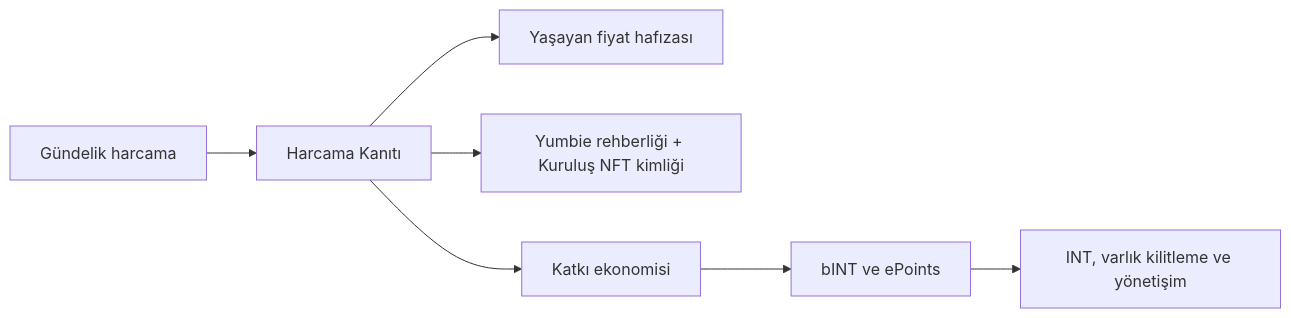
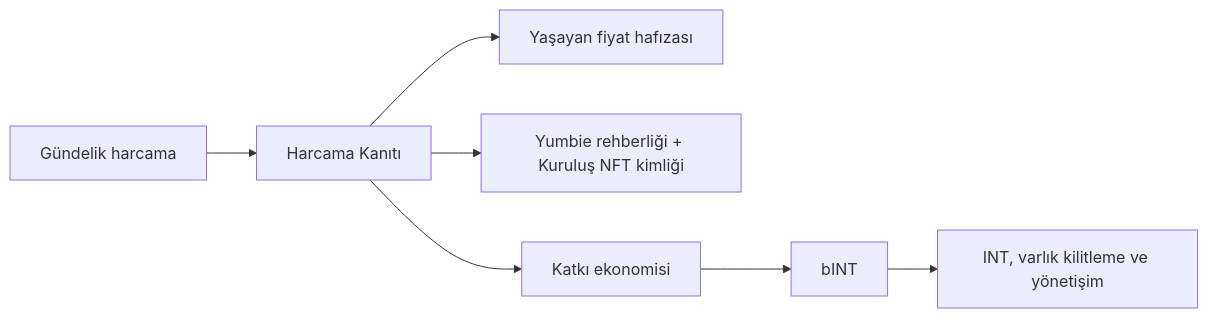
The diagram in content/whitepaper/tr/README.md (Yumo-Yumo-Inc/yumoyumohq), drawn with Mermaid before and after one commit. The commit also changed 1048 other files, not shown here.

````diff
--- a/content/whitepaper/tr/README.md
+++ b/content/whitepaper/tr/README.md
@@ -25,9 +25,9 @@
 ```mermaid
 flowchart LR
     A["Gündelik harcama"] --> B["Harcama Kanıtı"]
     B --> C["Yaşayan fiyat hafızası"]
     B --> D["Yumbie rehberliği + Kuruluş NFT kimliği"]
     B --> E["Katkı ekonomisi"]
-    E --> F["bINT ve ePoints"]
+    E --> F["bINT"]
     F --> G["INT, varlık kilitleme ve yönetişim"]
 ```
````
